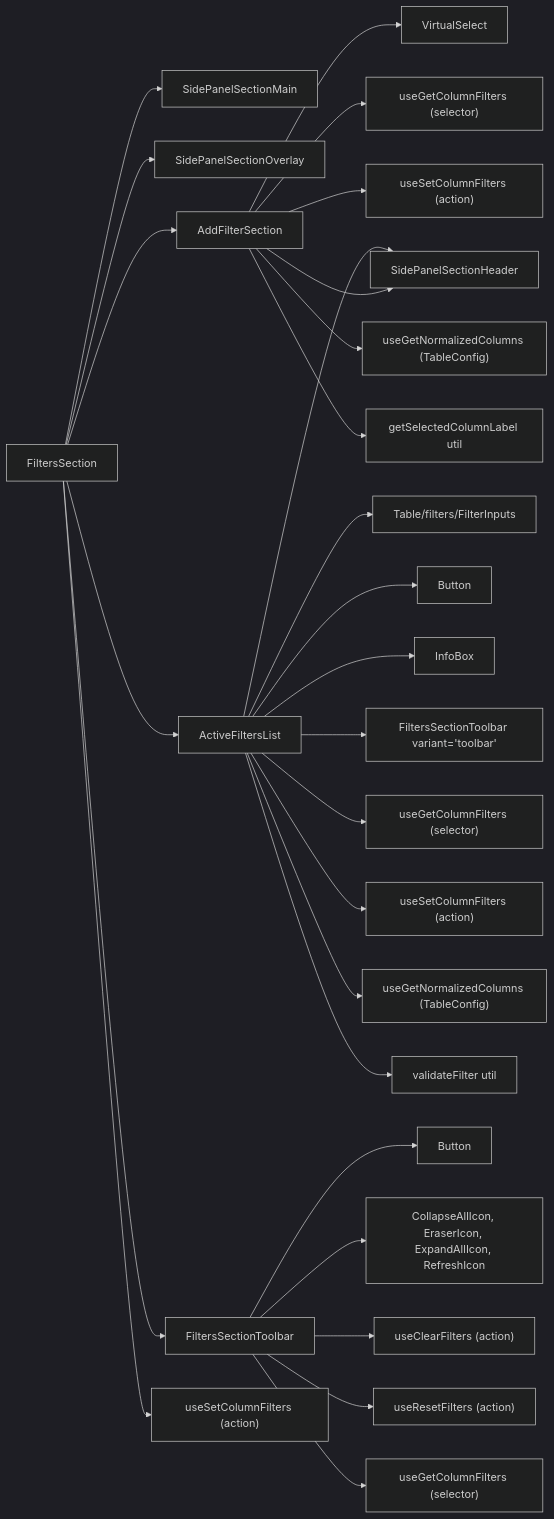
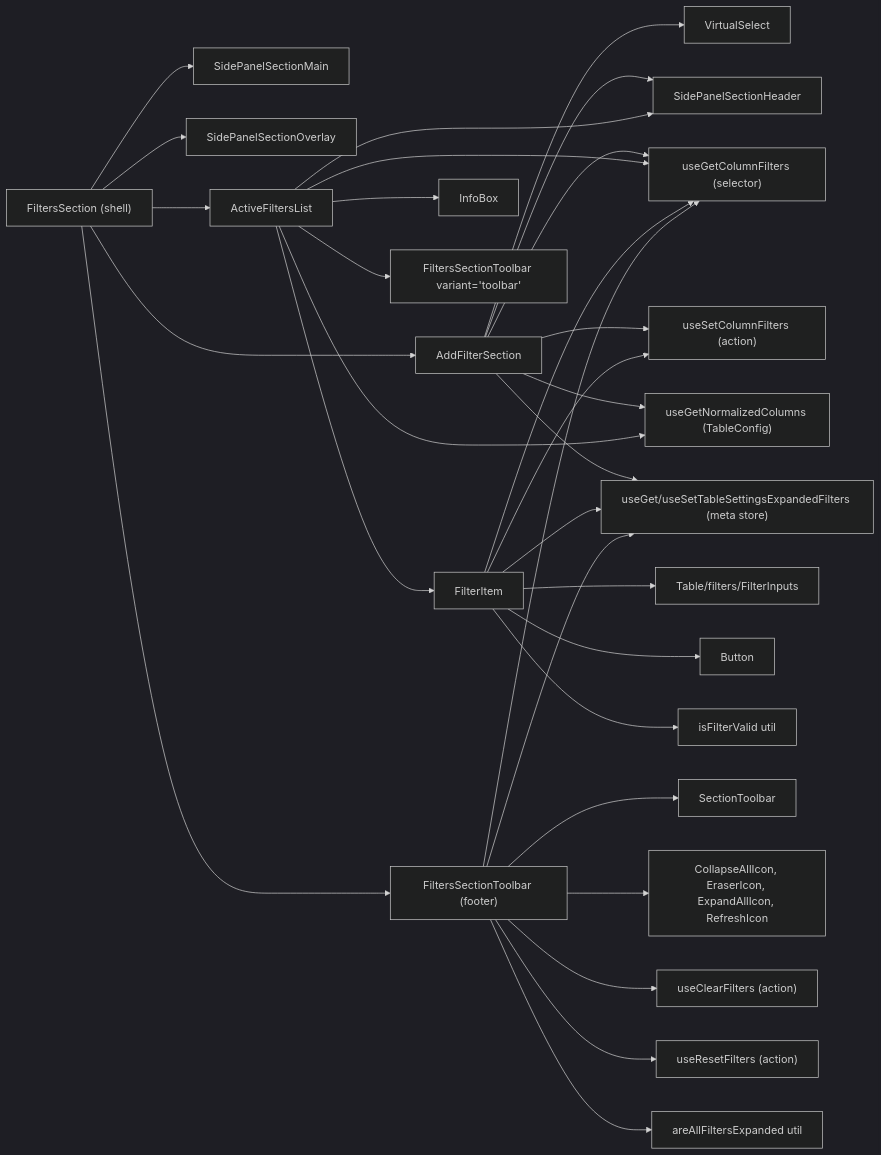
The first of 2 diagrams in packages/ui/src/components/Table/TableSettingsDrawer/FiltersSection/ARCHITECTURE.md (luciocabrera/lcabrera-stack), drawn with Mermaid (dark theme) before and after one commit. The commit also changed other lines of this file and 14 other files, not shown here.

First line of the commit message:
refactor(ui): FiltersSection thin shell with self-connected delegates (WP4)

````diff
--- a/packages/ui/src/components/Table/TableSettingsDrawer/FiltersSection/ARCHITECTURE.md
+++ b/packages/ui/src/components/Table/TableSettingsDrawer/FiltersSection/ARCHITECTURE.md
@@ -38,33 +67,37 @@
 ```mermaid
 graph LR
-  FS["FiltersSection"] --> SidePanelSectionMain
+  FS["FiltersSection (shell)"] --> SidePanelSectionMain
   FS --> SidePanelSectionOverlay
   FS --> AddFilter["AddFilterSection"]
   FS --> ActiveFilters["ActiveFiltersList"]
-  FS --> FSToolbar["FiltersSectionToolbar"]
-
-  FS --> useSetColumnFilters["useSetColumnFilters (action)"]
+  FS --> FSToolbar["FiltersSectionToolbar (footer)"]
 
   AddFilter --> VirtualSelect
   AddFilter --> SidePanelSectionHeader
   AddFilter --> useGetColumnFilters["useGetColumnFilters (selector)"]
-  AddFilter --> useSetColumnFilters2["useSetColumnFilters (action)"]
+  AddFilter --> useSetColumnFilters["useSetColumnFilters (action)"]
   AddFilter --> useGetNormalizedColumns["useGetNormalizedColumns (TableConfig)"]
-  AddFilter --> getSelectedColumnLabel["getSelectedColumnLabel util"]
+  AddFilter --> metaExpanded["useGet/useSetTableSettingsExpandedFilters (meta store)"]
 
   ActiveFilters --> SidePanelSectionHeader
-  ActiveFilters --> FilterInputs["Table/filters/FilterInputs"]
-  ActiveFilters --> Button
   ActiveFilters --> InfoBox
   ActiveFilters --> FSToolbar2["FiltersSectionToolbar variant='toolbar'"]
-  ActiveFilters --> useGetColumnFilters2["useGetColumnFilters (selector)"]
-  ActiveFilters --> useSetColumnFilters3["useSetColumnFilters (action)"]
-  ActiveFilters --> useGetNormalizedColumns2["useGetNormalizedColumns (TableConfig)"]
-  ActiveFilters --> validateFilter["validateFilter util"]
+  ActiveFilters --> useGetColumnFilters
+  ActiveFilters --> useGetNormalizedColumns
+  ActiveFilters --> FilterItem
 
-  FSToolbar --> Button2["Button"]
+  FilterItem --> FilterInputs["Table/filters/FilterInputs"]
+  FilterItem --> Button
+  FilterItem --> useGetColumnFilters
+  FilterItem --> useSetColumnFilters
+  FilterItem --> metaExpanded
+  FilterItem --> isFilterValid["isFilterValid util"]
+
+  FSToolbar --> SectionToolbar
   FSToolbar --> Icons["CollapseAllIcon, EraserIcon, ExpandAllIcon, RefreshIcon"]
   FSToolbar --> useClearFilters["useClearFilters (action)"]
   FSToolbar --> useResetFilters["useResetFilters (action)"]
-  FSToolbar --> useGetColumnFilters3["useGetColumnFilters (selector)"]
+  FSToolbar --> useGetColumnFilters
+  FSToolbar --> metaExpanded
+  FSToolbar --> areAllFiltersExpanded["areAllFiltersExpanded util"]
 ```
````
